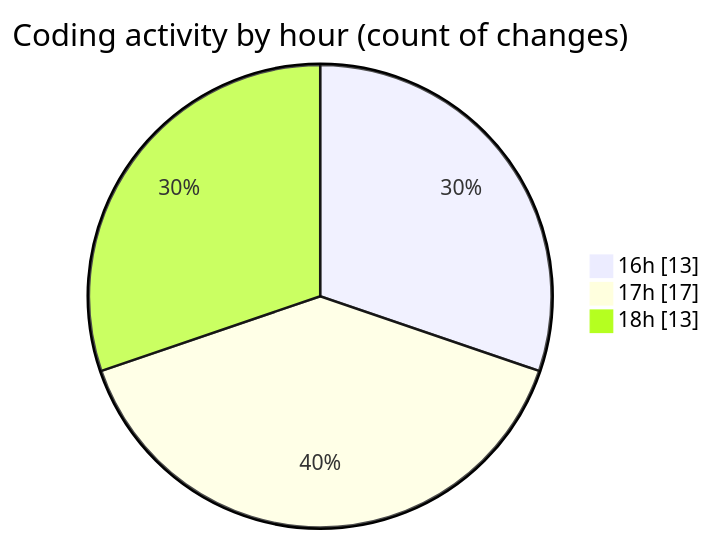
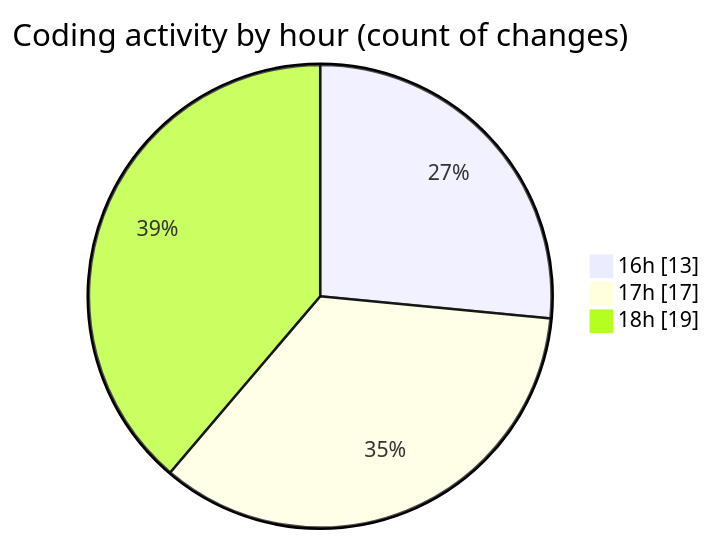
One commit to idhammustaqopulfikri/code-tracking changed the second of 2 diagrams in 2025-05-28/studio-backend/README.md. Above: the diagram before and after it, drawn with Mermaid. The commit also changed other lines of this file and 1 other file, not shown here.

````diff
--- a/2025-05-28/studio-backend/README.md
+++ b/2025-05-28/studio-backend/README.md
@@ -45,7 +45,7 @@
 ```mermaid
 pie showData
 title Coding activity by hour (count of changes)
 "16h" : 13
 "17h" : 17
-"18h" : 13
+"18h" : 19
 ```
````
